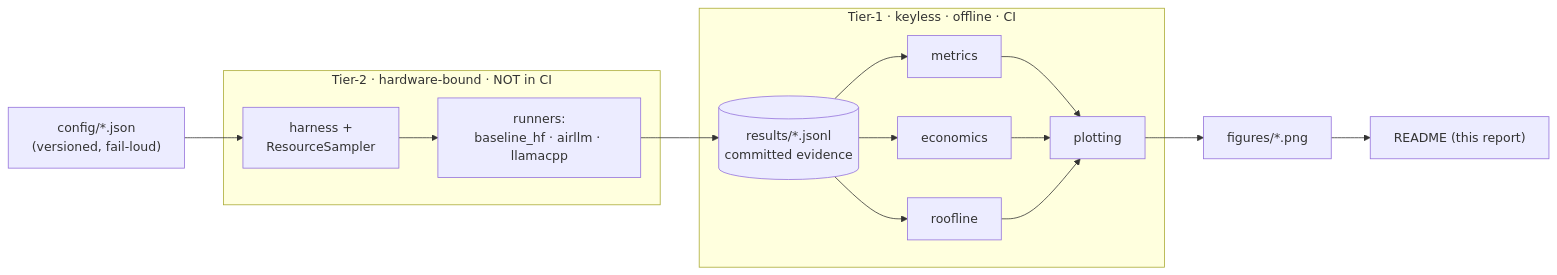
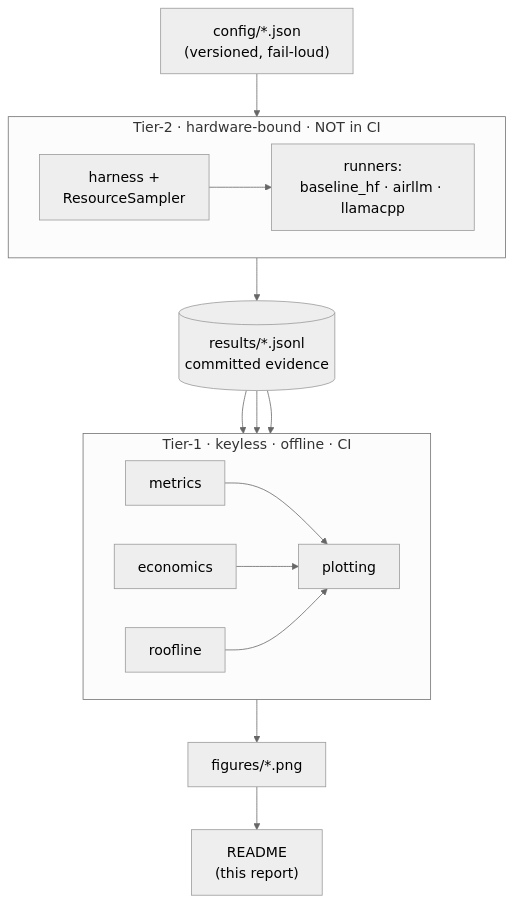
One commit to Imreec/airllm-bench changed the diagram in README.md. Above: the diagram before and after it, drawn with Mermaid.

Commit message:
docs: make the architecture diagram legible (top-down + larger font) (#31)
The data-flow Mermaid was `flowchart LR` — a wide horizontal chain that GitHub
shrinks to fit the column, leaving the node text too small to read. Flip to
top-down (`flowchart TD`) so it fills the column and renders larger, keep the
two tiers as `direction LR` subgraphs, and bump the font via an init directive.
Same content and flow; purely a legibility fix. check_report still green.

````diff
--- a/README.md
+++ b/README.md
@@ -109,18 +109,21 @@
 ```mermaid
-flowchart LR
-    C["config/*.json<br/>(versioned, fail-loud)"] --> H
+%%{init: {'theme':'neutral', 'themeVariables': {'fontSize':'18px'}, 'flowchart': {'rankSpacing': 55, 'nodeSpacing': 50}}}%%
+flowchart TD
+    C["config/*.json<br/>(versioned, fail-loud)"]
     subgraph T2["Tier-2 · hardware-bound · NOT in CI"]
+        direction LR
         H["harness +<br/>ResourceSampler"] --> RUN["runners:<br/>baseline_hf · airllm · llamacpp"]
     end
-    RUN --> R[("results/*.jsonl<br/>committed evidence")]
+    R[("results/*.jsonl<br/>committed evidence")]
     subgraph T1["Tier-1 · keyless · offline · CI"]
-        R --> M[metrics]
-        R --> E[economics]
-        R --> RF[roofline]
-        M --> P[plotting]
-        E --> P
-        RF --> P
+        direction LR
+        M[metrics] --> P[plotting]
+        E[economics] --> P
+        RF[roofline] --> P
     end
+    C --> H
+    RUN --> R
+    R --> M & E & RF
     P --> F["figures/*.png"]
-    F --> RM["README (this report)"]
+    F --> RM["README<br/>(this report)"]
 ```
````
